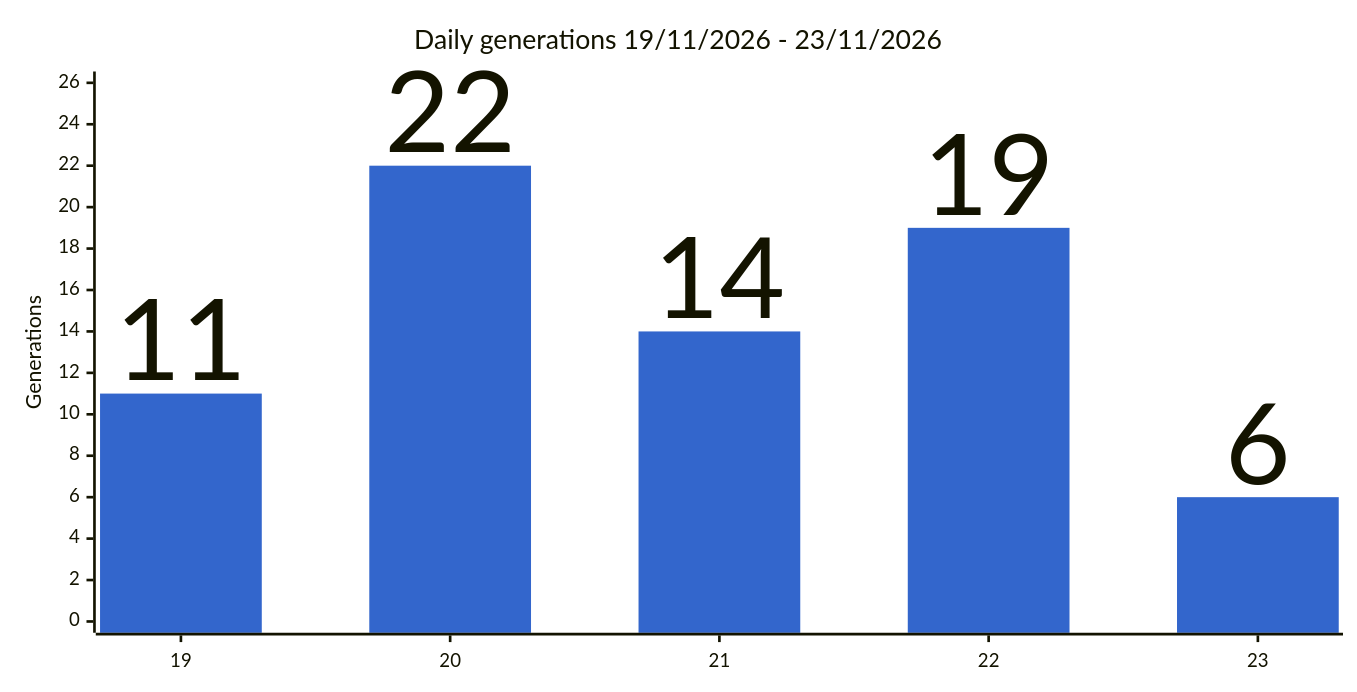
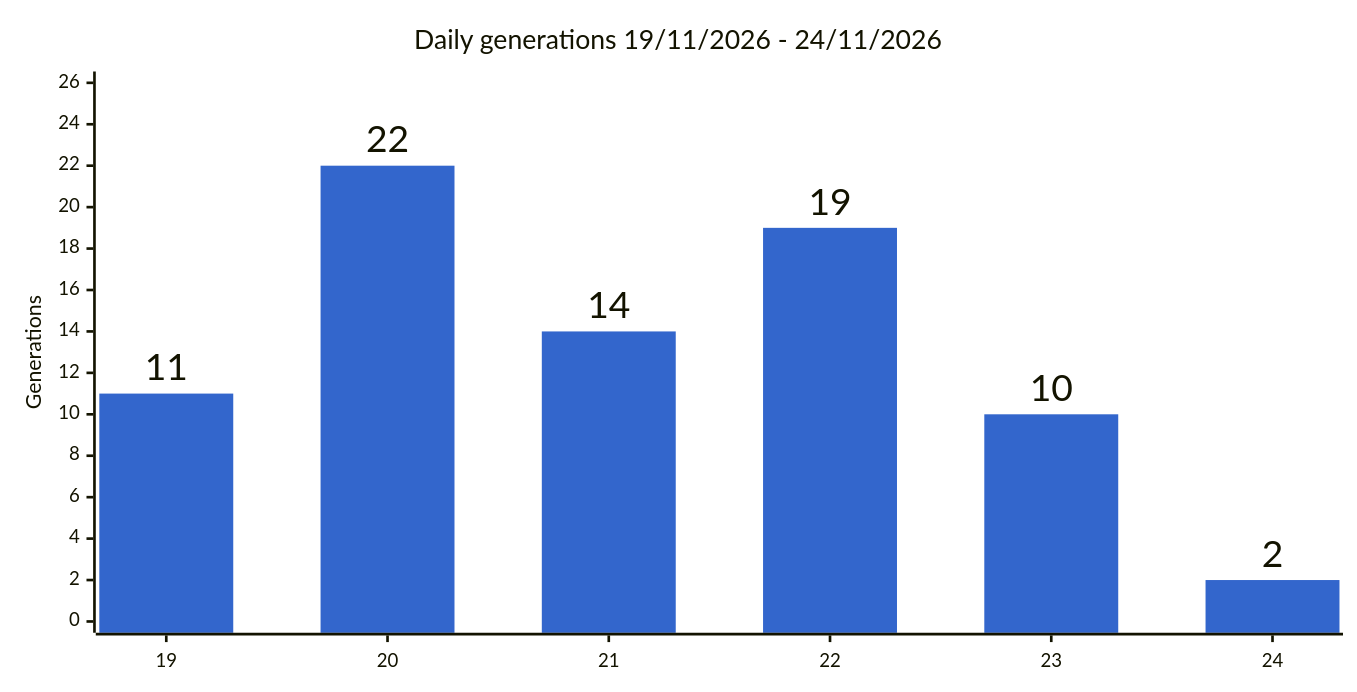
Before and after one commit to gmoulard/wikipedia2book: the second of 4 diagrams in docs/stats.md, drawn with Mermaid. The commit also changed other lines of this file and 3 other files, not shown here.

````diff
--- a/docs/stats.md
+++ b/docs/stats.md
@@ -32,8 +32,8 @@
 ```mermaid
 %%{init: {"xyChart": {"width": 1000, "showDataLabel": true, "showDataLabelOutsideBar": true}, "themeVariables": {"xyChart": {"plotColorPalette": "#3366cc"}}}}%%
 xychart-beta
-    title "Daily generations 19/11/2026 - 23/11/2026"
-    x-axis ["19", "20", "21", "22", "23"]
+    title "Daily generations 19/11/2026 - 24/11/2026"
+    x-axis ["19", "20", "21", "22", "23", "24"]
     y-axis "Generations" 0 --> 26
-    bar [11, 22, 14, 19, 6]
+    bar [11, 22, 14, 19, 10, 2]
 ```
````
